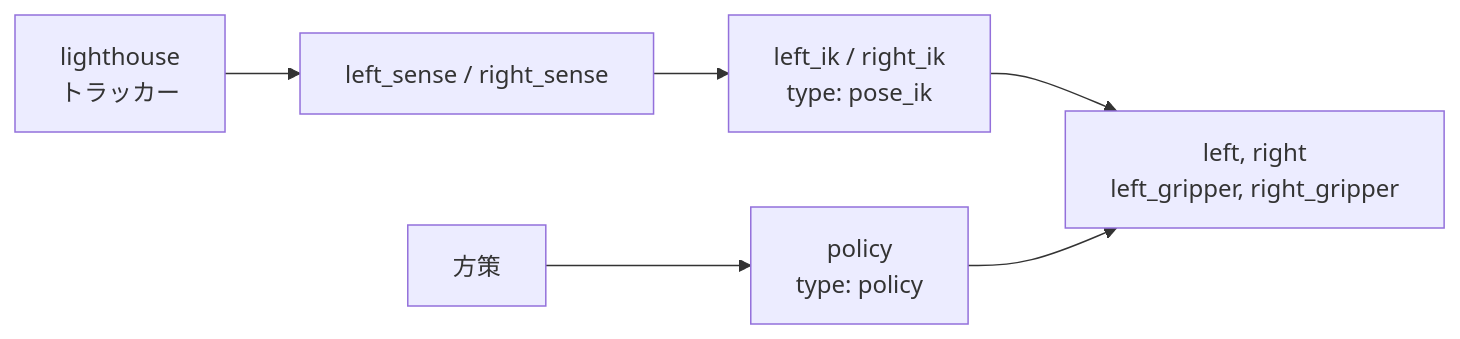
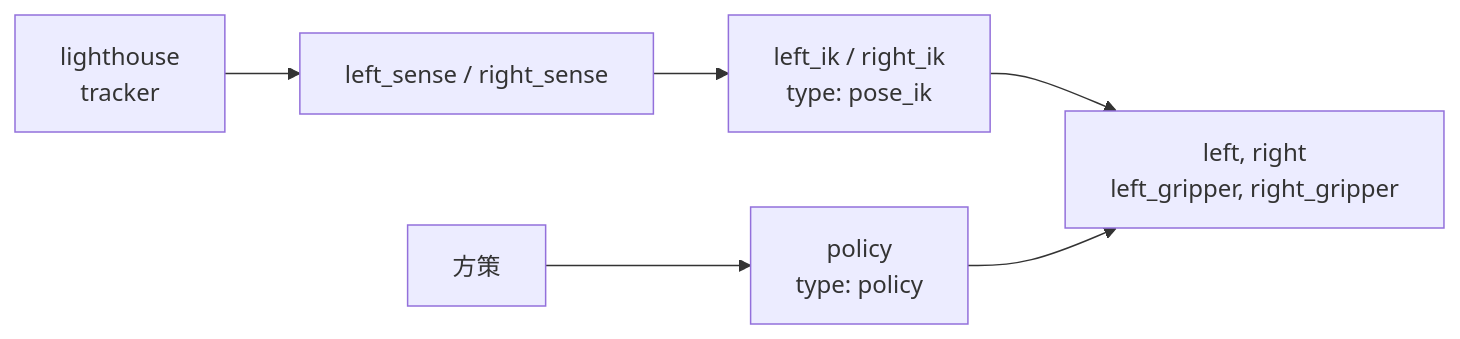
One commit to tetsugo02/roboloom changed the diagram in docs/ja/robots/piper/controllers.md. Above: the diagram before and after it, drawn with Mermaid. The commit also changed other lines of this file and 74 other files, not shown here.

````diff
--- a/docs/ja/robots/piper/controllers.md
+++ b/docs/ja/robots/piper/controllers.md
@@ -16,8 +16,8 @@
 ```mermaid
 flowchart LR
-  T["lighthouse<br/>トラッカー"] --> S["left_sense / right_sense"]
+  T["lighthouse<br/>tracker"] --> S["left_sense / right_sense"]
   S --> K["left_ik / right_ik<br/>type: pose_ik"]
   P["方策"] --> C["policy<br/>type: policy"]
   K --> F["left, right<br/>left_gripper, right_gripper"]
   C --> F
 ```
````
